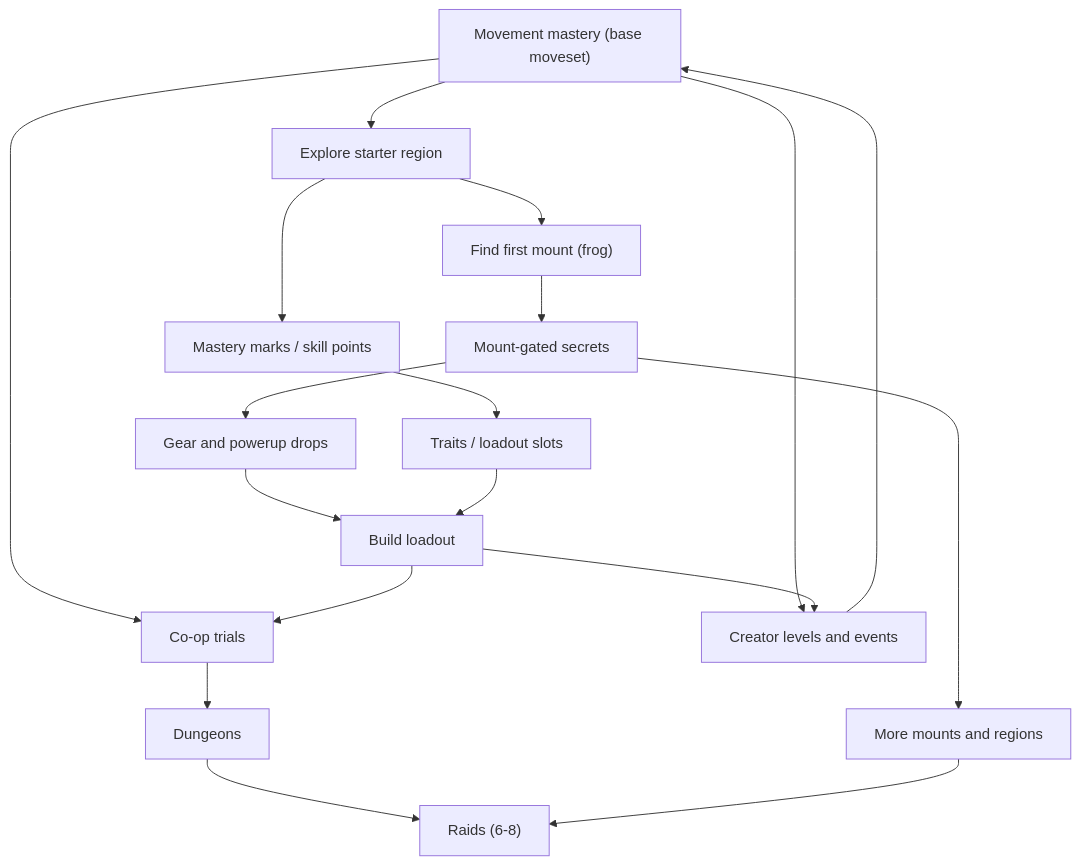
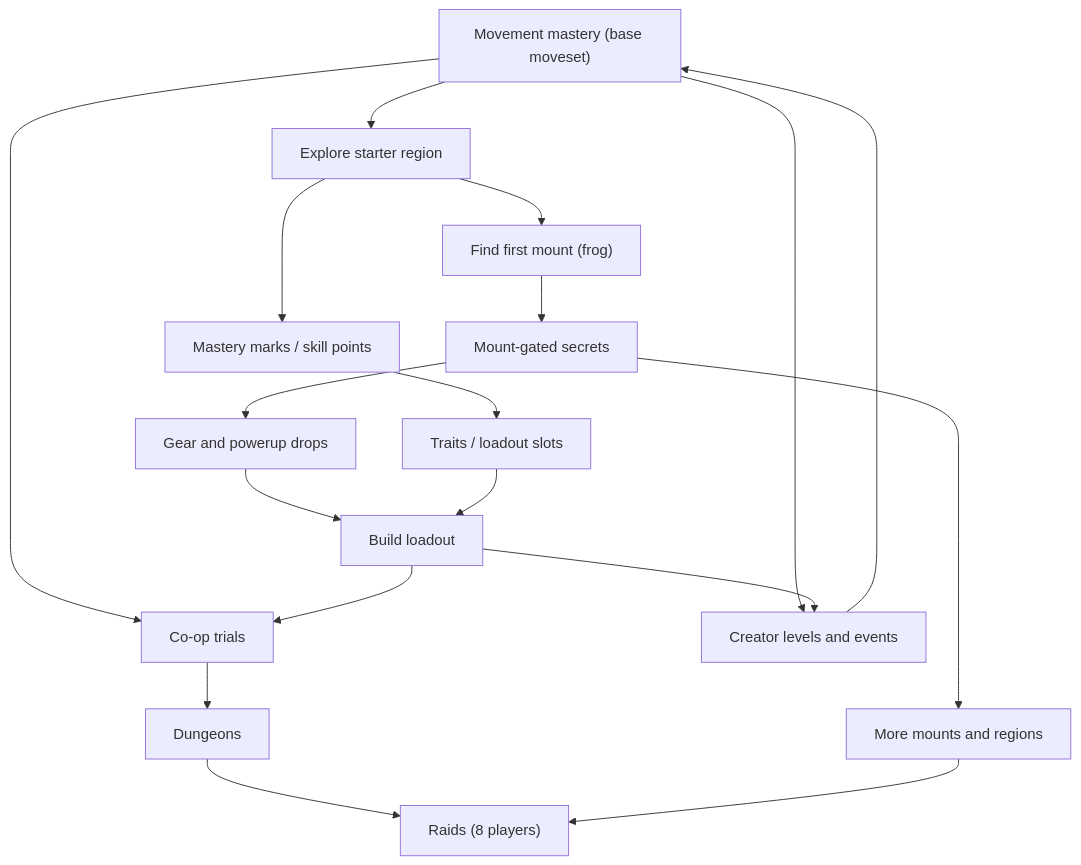
Before and after one commit to baconspaceman/super-boundhaven: the second of 2 diagrams in docs/design/GAME_DESIGN_DOCUMENT.md, drawn with Mermaid. The commit also changed other lines of this file and 8 other files, not shown here.

````diff
--- a/docs/design/GAME_DESIGN_DOCUMENT.md
+++ b/docs/design/GAME_DESIGN_DOCUMENT.md
@@ -468,20 +493,20 @@
 ```mermaid
 flowchart TD
   A["Movement mastery (base moveset)"] --> B["Explore starter region"]
   B --> C["Find first mount (frog)"]
   B --> M["Mastery marks / skill points"]
   C --> D["Mount-gated secrets"]
   D --> E["Gear and powerup drops"]
   M --> F["Traits / loadout slots"]
   E --> G["Build loadout"]
   F --> G
   A --> H["Co-op trials"]
   G --> H
   H --> I["Dungeons"]
-  I --> J["Raids (6-8)"]
+  I --> J["Raids (8 players)"]
   A --> K["Creator levels and events"]
   G --> K
   D --> L["More mounts and regions"]
   L --> J
   K --> A
 ```
````
